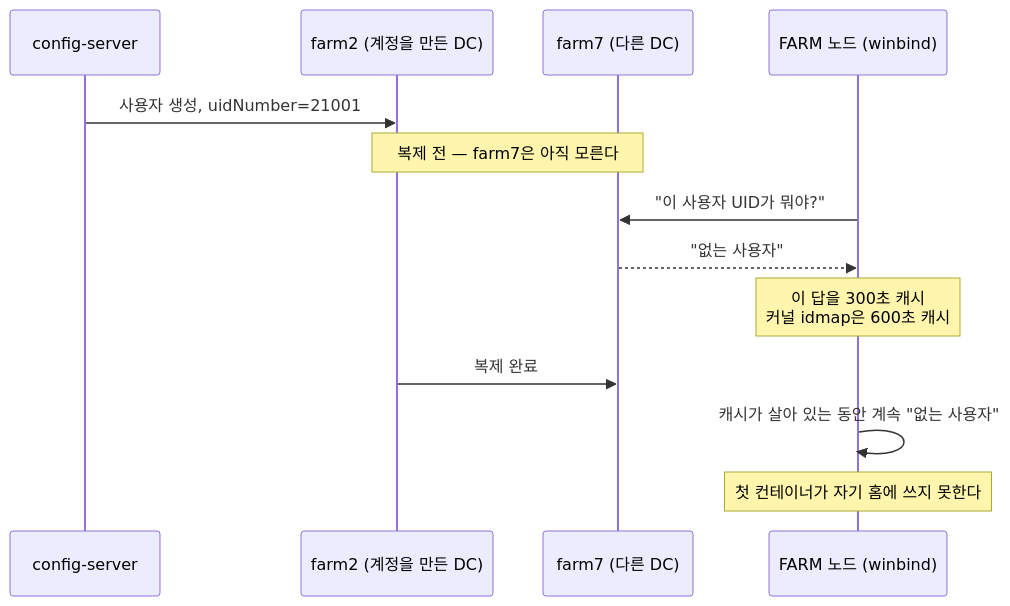
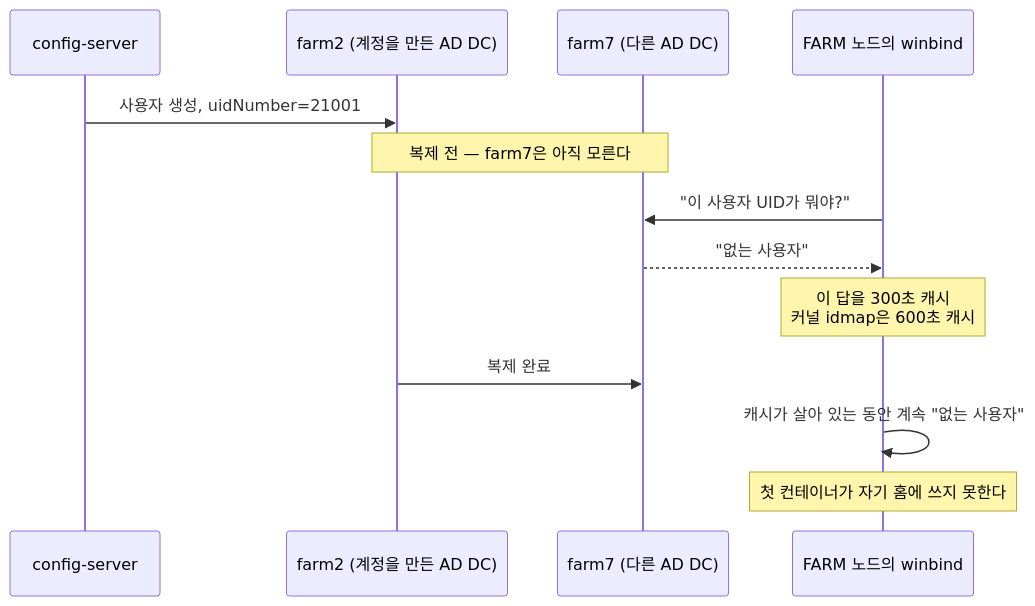
The ninth of 10 diagrams in md/infra/design/Kerberos-AD-Samba.md (CSID-DGU/admin_wiki), drawn with Mermaid before and after one commit. The commit also changed other lines of this file, not shown here.

Commit message:
docs: NAS svcgssd 시퀀스 다이어그램 추가

````diff
--- a/md/infra/design/Kerberos-AD-Samba.md
+++ b/md/infra/design/Kerberos-AD-Samba.md
@@ -408,16 +411,16 @@
 ```mermaid
 sequenceDiagram
     participant CS as config-server
-    participant D1 as farm2 (계정을 만든 DC)
-    participant D2 as farm7 (다른 DC)
-    participant N as FARM 노드 (winbind)
+    participant D1 as farm2 (계정을 만든 AD DC)
+    participant D2 as farm7 (다른 AD DC)
+    participant N as FARM 노드의 winbind
 
     CS->>D1: 사용자 생성, uidNumber=21001
     Note over D1,D2: 복제 전 — farm7은 아직 모른다
     N->>D2: "이 사용자 UID가 뭐야?"
     D2-->>N: "없는 사용자"
     Note over N: 이 답을 300초 캐시<br/>커널 idmap은 600초 캐시
     D1->>D2: 복제 완료
     N->>N: 캐시가 살아 있는 동안 계속 "없는 사용자"
     Note over N: 첫 컨테이너가 자기 홈에 쓰지 못한다
 ```
````
